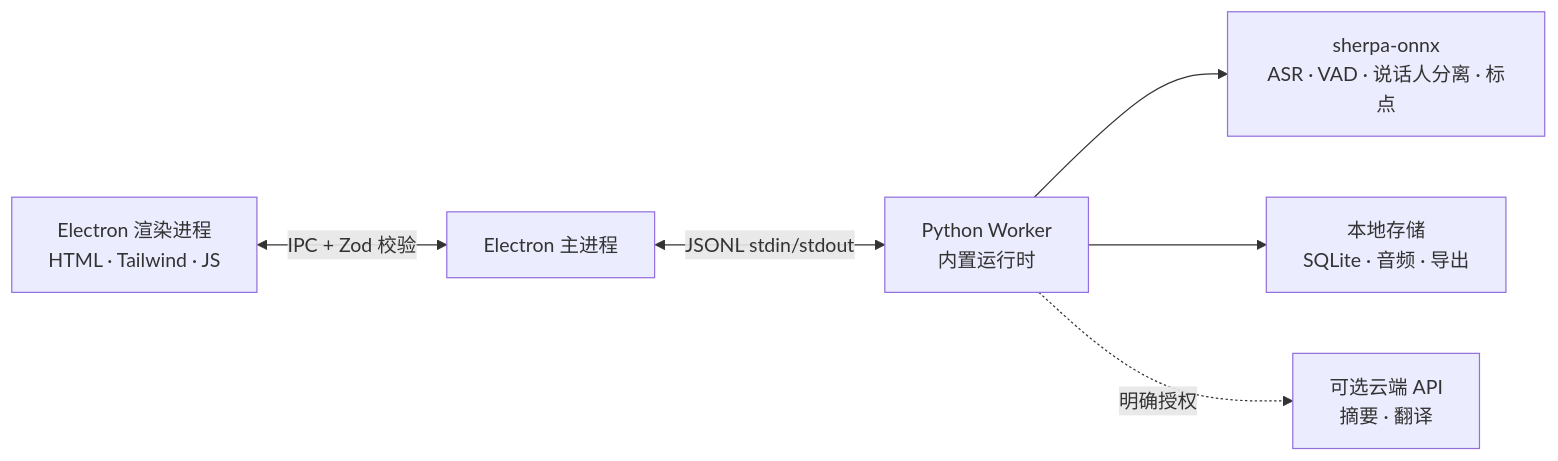
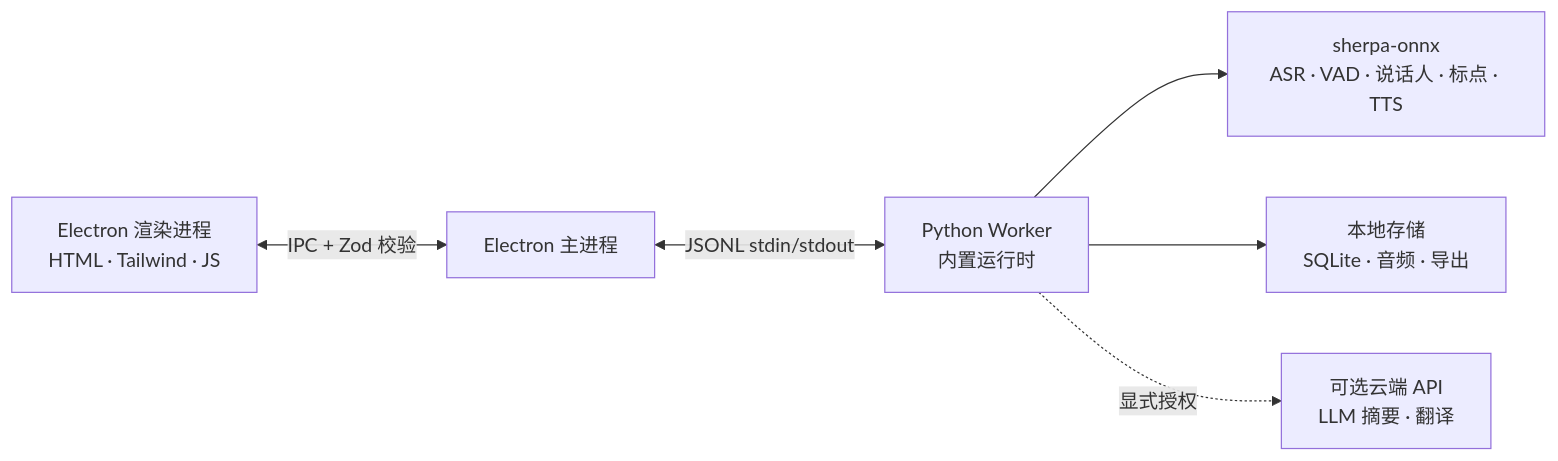
Before and after one commit to zerolovesea/Brevia: the diagram in docs/README.zh-CN.md, drawn with Mermaid. The commit also changed other lines of this file and 44 other files, not shown here.

````diff
--- a/docs/README.zh-CN.md
+++ b/docs/README.zh-CN.md
@@ -55,8 +77,8 @@
 ```mermaid
 flowchart LR
   A[Electron 渲染进程<br/>HTML · Tailwind · JS] <-->|IPC + Zod 校验| B[Electron 主进程]
   B <-->|JSONL stdin/stdout| C[Python Worker<br/>内置运行时]
-  C --> D[sherpa-onnx<br/>ASR · VAD · 说话人分离 · 标点]
+  C --> D[sherpa-onnx<br/>ASR · VAD · 说话人 · 标点 · TTS]
   C --> E[本地存储<br/>SQLite · 音频 · 导出]
-  C -. 明确授权 .-> F[可选云端 API<br/>摘要 · 翻译]
+  C -. 显式授权 .-> F[可选云端 API<br/>LLM 摘要 · 翻译]
 ```
````
